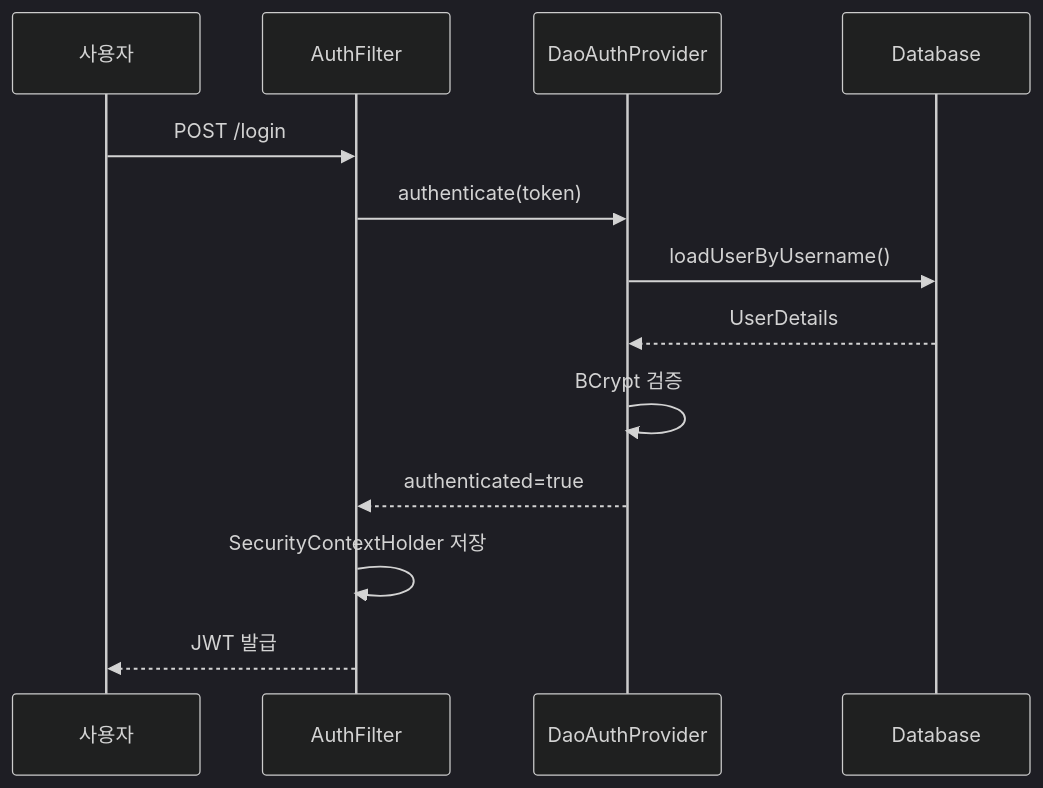
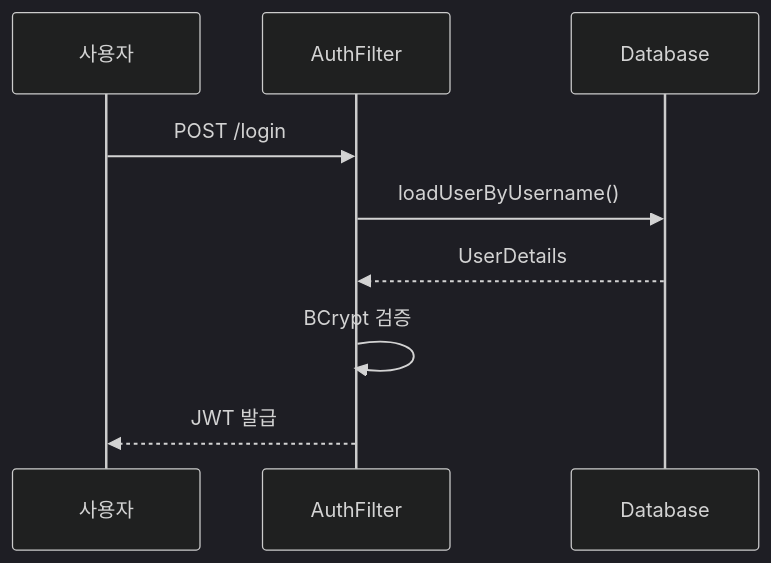
The second of 7 diagrams in _posts/spring/2026-05-02-spring-security-deep.md (yjkim2015/yjkim2015.github.io), drawn with Mermaid (dark theme) before and after one commit. The commit also changed other lines of this file and 155 other files, not shown here.

First line of the commit message:
Mermaid 전면 수정: subgraph 제거, participant/노드/줄수 축소 (342블록)

````diff
--- a/_posts/spring/2026-05-02-spring-security-deep.md
+++ b/_posts/spring/2026-05-02-spring-security-deep.md
@@ -126,15 +126,11 @@
 ```mermaid
 sequenceDiagram
     participant U as 사용자
     participant F as AuthFilter
-    participant AP as DaoAuthProvider
     participant DB as Database
     U->>F: POST /login
-    F->>AP: authenticate(token)
-    AP->>DB: loadUserByUsername()
-    DB-->>AP: UserDetails
-    AP->>AP: BCrypt 검증
-    AP-->>F: authenticated=true
-    F->>F: SecurityContextHolder 저장
+    F->>DB: loadUserByUsername()
+    DB-->>F: UserDetails
+    F->>F: BCrypt 검증
     F-->>U: JWT 발급
 ```
````
